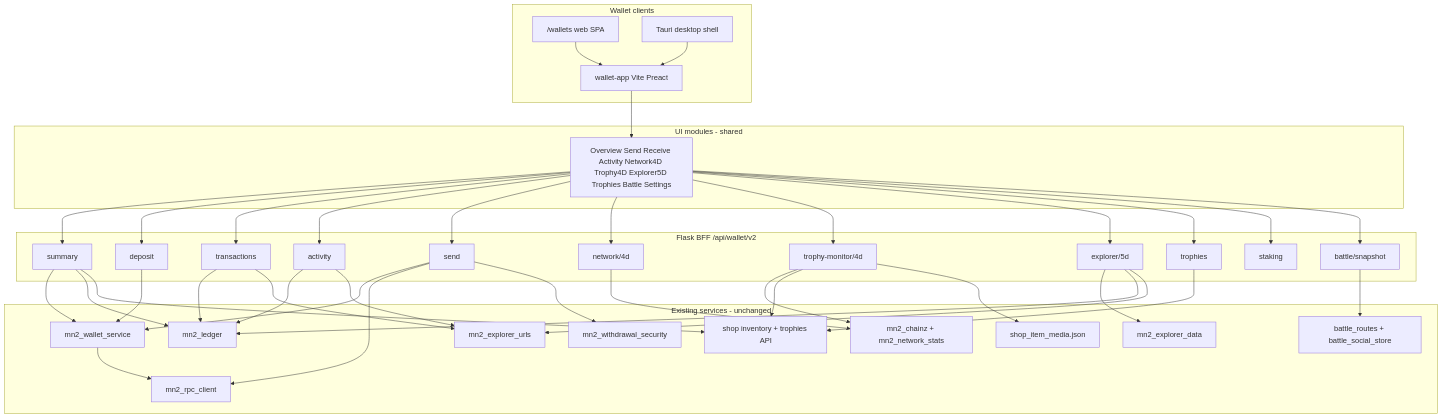
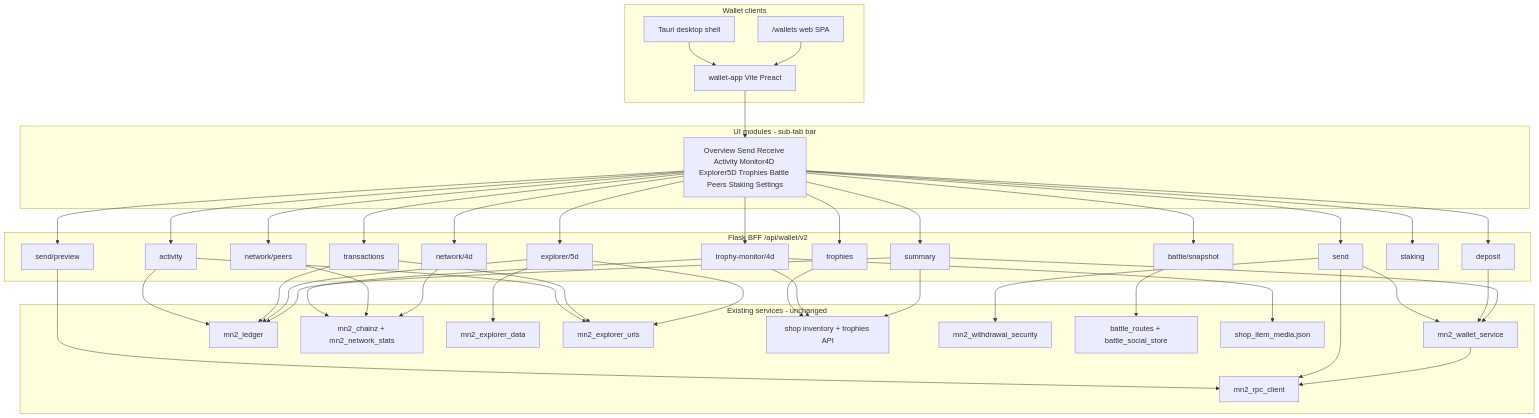
Before and after one commit to jonK341/Masternoder.dk: the second of 4 diagrams in docs/plans/2026-09-16-002-feat-wallet-rebuild-plan.md, drawn with Mermaid. The commit also changed other lines of this file, not shown here.

Commit message:
docs(plan): add sub-tab nav, sharpened edges, extended send/receive to wallet plan

````diff
--- a/docs/plans/2026-09-16-002-feat-wallet-rebuild-plan.md
+++ b/docs/plans/2026-09-16-002-feat-wallet-rebuild-plan.md
@@ -234,53 +335,57 @@
 ```mermaid
 flowchart TB
   subgraph clients [Wallet clients]
     Web["/wallets web SPA"]
     Desktop["Tauri desktop shell"]
     SharedUI["wallet-app Vite Preact"]
     Web --> SharedUI
     Desktop --> SharedUI
   end
 
-  subgraph modules [UI modules - shared]
-    Tabs[Overview Send Receive Activity Network4D Trophy4D Explorer5D Trophies Battle Settings]
+  subgraph modules [UI modules - sub-tab bar]
+    Tabs[Overview Send Receive Activity Monitor4D Explorer5D Trophies Battle Peers Staking Settings]
     SharedUI --> Tabs
   end
 
   subgraph v2 [Flask BFF /api/wallet/v2]
     Sum[summary]
     Dep[deposit]
     Tx[transactions]
     Act[activity]
     Send[send]
     Net4d[network/4d]
+    Peers[network/peers]
     Tro4d[trophy-monitor/4d]
     Exp5d[explorer/5d]
+    SendPrev[send/preview]
     Tro[trophies]
     Stk[staking]
     Bat[battle/snapshot]
   end
 
   subgraph legacy [Existing services - unchanged]
     WSvc[mn2_wallet_service]
     RPC[mn2_rpc_client]
     Led[mn2_ledger]
     Chainz[mn2_chainz + mn2_network_stats]
     ExplData[mn2_explorer_data]
     ExplURL[mn2_explorer_urls]
     Shop[shop inventory + trophies API]
     Sec[mn2_withdrawal_security]
     Battle[battle_routes + battle_social_store]
     Media[shop_item_media.json]
   end
 
-  Tabs --> Sum & Dep & Tx & Act & Send & Net4d & Tro4d & Exp5d & Tro & Stk & Bat
+  Tabs --> Sum & Dep & Tx & Act & Send & SendPrev & Net4d & Peers & Tro4d & Exp5d & Tro & Stk & Bat
   Sum --> WSvc & Led & Shop
   Dep --> WSvc --> RPC
   Send --> WSvc & RPC & Sec
   Net4d --> Chainz
+  Peers --> Chainz
   Tro4d --> Chainz & Shop & Media
+  SendPrev --> RPC
   Exp5d --> ExplData & Led & ExplURL
   Tro --> Shop
   Bat --> Battle
   Tx & Act --> Led & ExplURL
 ```
````
